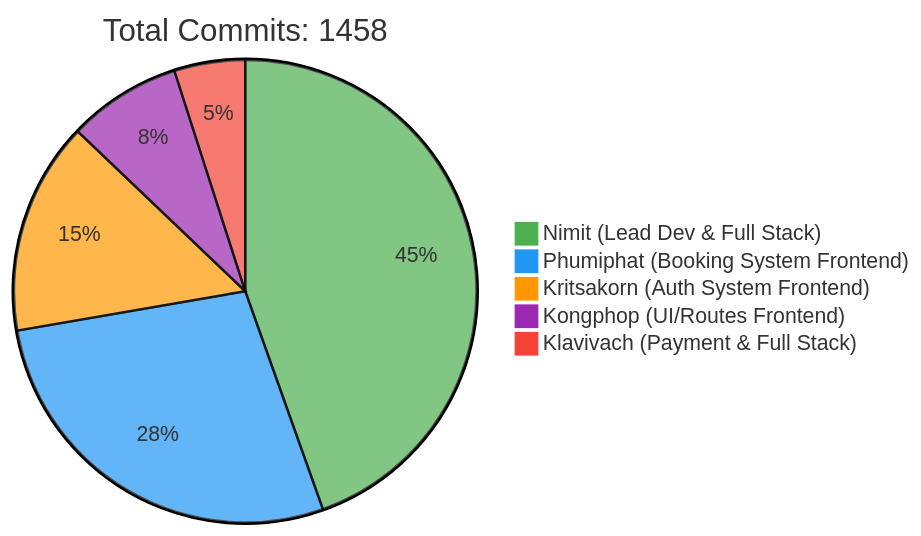
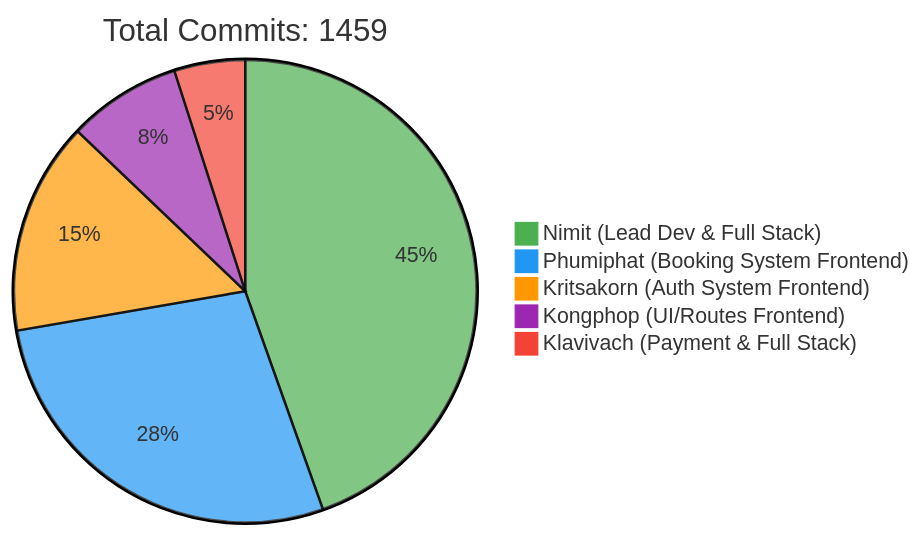
Before and after one commit to 6531503042/Sport-Complex: the first of 2 diagrams in README.md, drawn with Mermaid. The commit also changed other lines of this file, not shown here.

Commit message:
docs: Update contributor statistics [skip ci]

````diff
--- a/README.md
+++ b/README.md
@@ -257,10 +257,10 @@
 ```mermaid
 %%{init: {'theme': 'base', 'themeVariables': { 'pie1': '#4CAF50', 'pie2': '#2196F3', 'pie3': '#FF9800', 'pie4': '#9C27B0', 'pie5': '#F44336'}}}%%
 pie
-    title Total Commits: 1458
+    title Total Commits: 1459
     "Nimit (Lead Dev & Full Stack)" : 450
     "Phumiphat (Booking System Frontend)" : 280
     "Kritsakorn (Auth System Frontend)" : 150
     "Kongphop (UI/Routes Frontend)" : 80
     "Klavivach (Payment & Full Stack)" : 50
 ```
````
